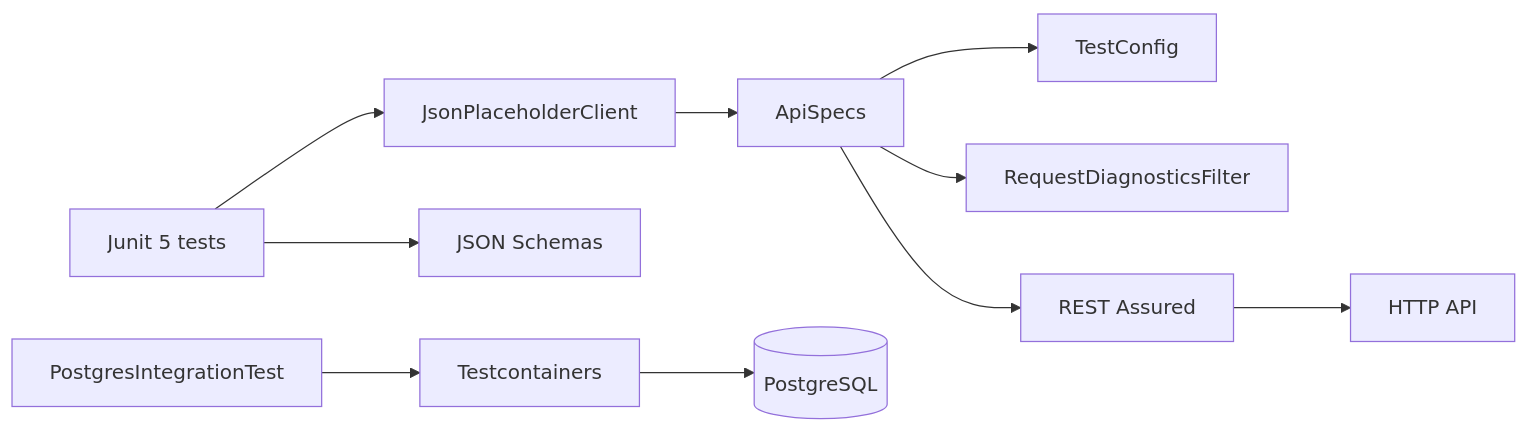
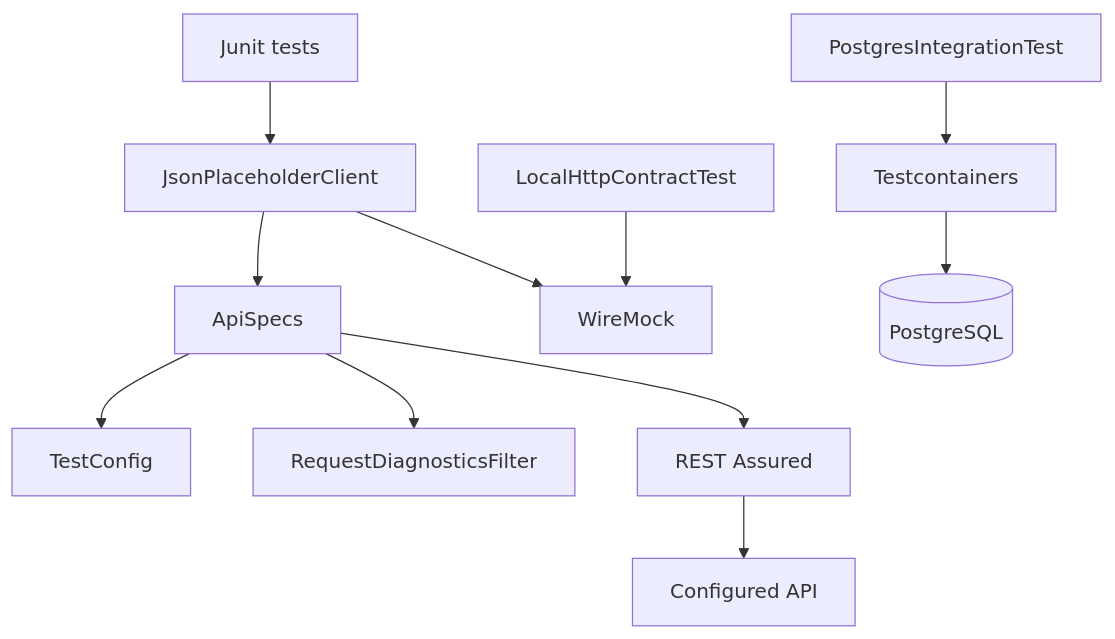
The first of 2 diagrams in README.md (portyu9/qa-automation-java-restassured), drawn with Mermaid before and after one commit. The commit also changed other lines of this file and 4 other files, not shown here.

````diff
--- a/README.md
+++ b/README.md
@@ -20,12 +24,13 @@
 ```mermaid
-flowchart LR
-    J[Junit 5 tests] --> CLIENT[JsonPlaceholderClient]
+flowchart TD
+    J[Junit tests] --> CLIENT[JsonPlaceholderClient]
     CLIENT --> SPEC[ApiSpecs]
     SPEC --> CFG[TestConfig]
     SPEC --> FILTER[RequestDiagnosticsFilter]
     SPEC --> RA[REST Assured]
-    RA --> API[HTTP API]
-    J --> SCHEMA[JSON Schemas]
-    DBTEST[PostgresIntegrationTest] --> TC[Testcontainers]
+    RA --> API[Configured API]
+    LOCAL[LocalHttpContractTest] --> WM[WireMock]
+    CLIENT --> WM
+    DB[PostgresIntegrationTest] --> TC[Testcontainers]
     TC --> PG[(PostgreSQL)]
 ```
````
